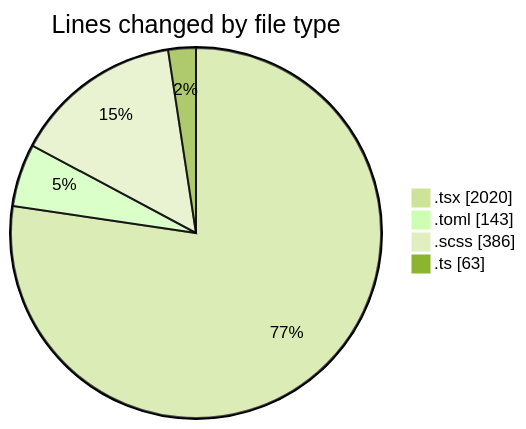
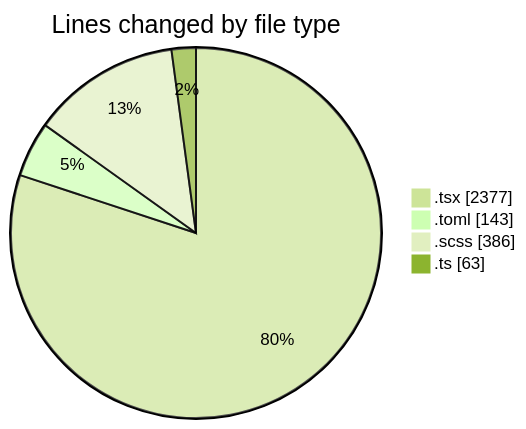
The first of 2 diagrams in 2026-11-02/cda/README.md (momahboobian/code-tracking), drawn with Mermaid (forest theme) before and after one commit. The commit also changed other lines of this file and 1 other file, not shown here.

````diff
--- a/2026-11-02/cda/README.md
+++ b/2026-11-02/cda/README.md
@@ -33,8 +34,8 @@
 ```mermaid
 pie showData
 title Lines changed by file type
-".tsx" : 2020
+".tsx" : 2377
 ".toml" : 143
 ".scss" : 386
 ".ts" : 63
 ```
````
